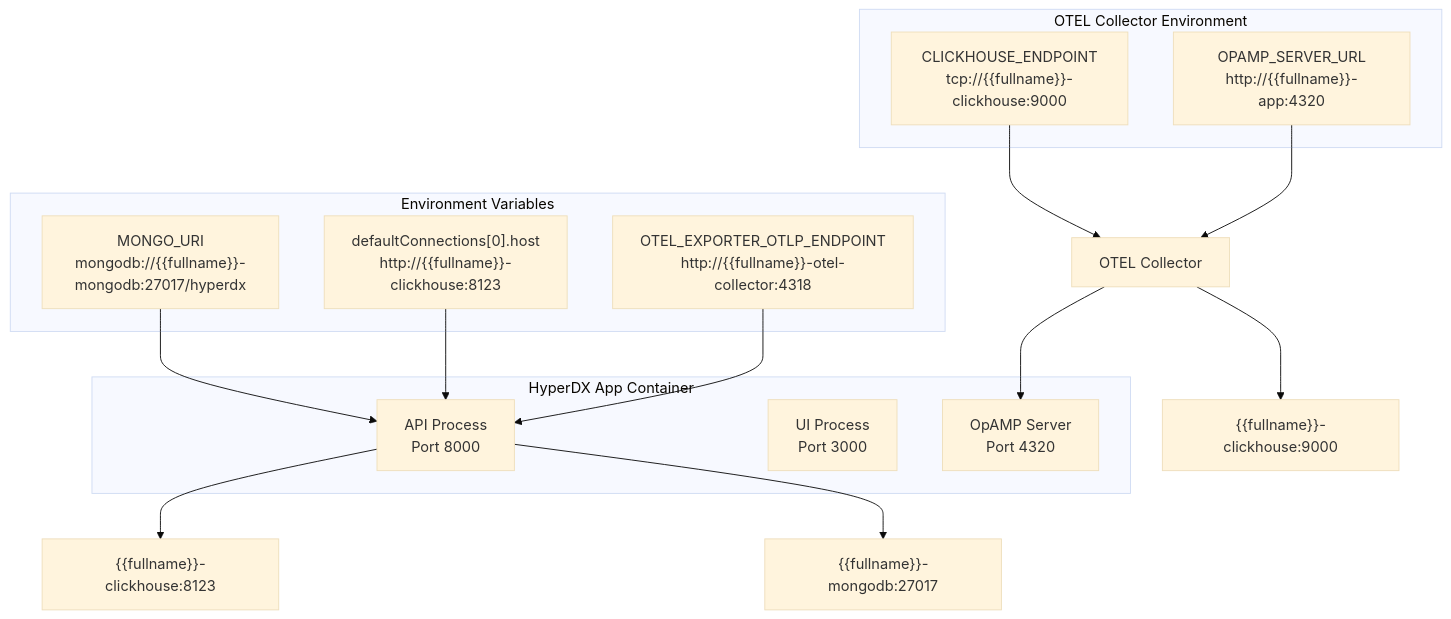
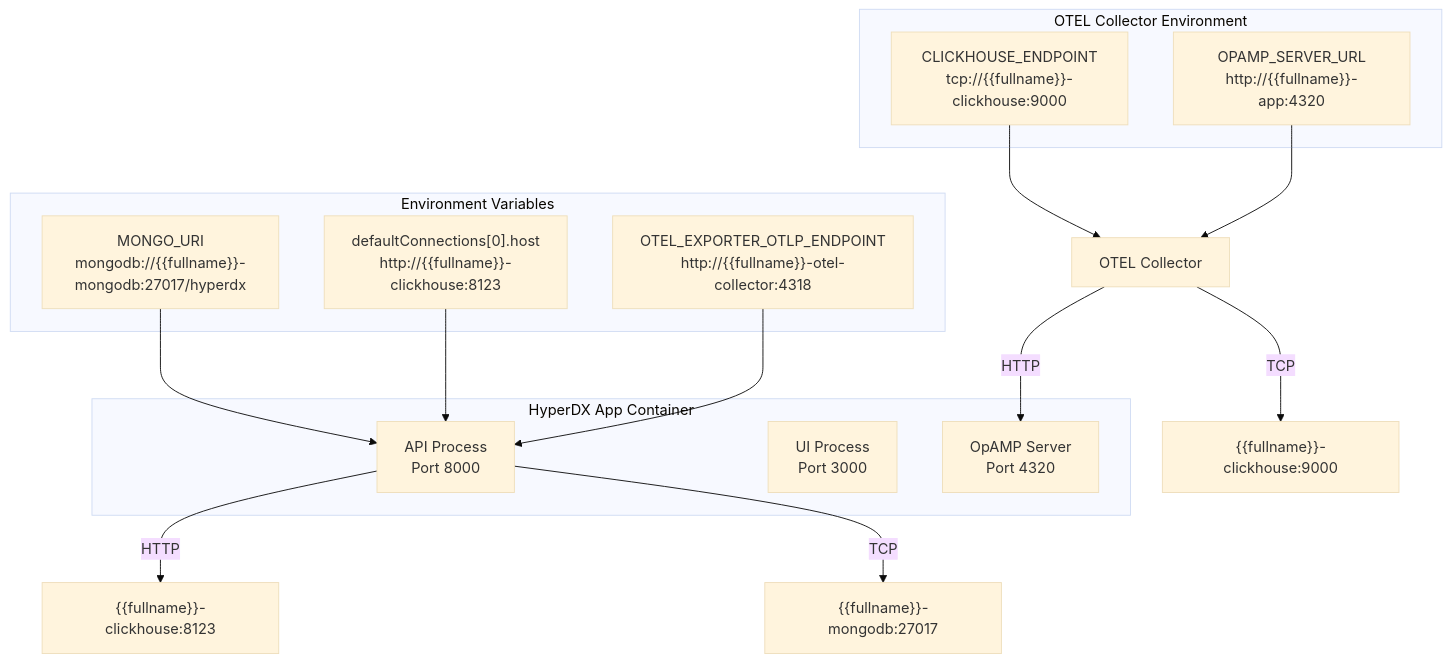
The third of 3 diagrams in docs/hyperdxio-helm-charts-docs/Full-Stack-Deployment.md (openchoreo/openchoreo), drawn with Mermaid (base theme) before and after one commit. The commit also changed other lines of this file and 85 other files, not shown here.

Commit message:
feat: Add new workflow and specification templates, update Helm chart dependencies, and clarify documentation diagrams.

````diff
--- a/docs/hyperdxio-helm-charts-docs/Full-Stack-Deployment.md
+++ b/docs/hyperdxio-helm-charts-docs/Full-Stack-Deployment.md
@@ -198,43 +198,43 @@
 ```mermaid
 flowchart TD
 
 API["API Process<br>Port 8000"]
 UI["UI Process<br>Port 3000"]
 OpAMP["OpAMP Server<br>Port 4320"]
 MongoURI["MONGO_URI<br>mongodb://{{fullname}}-mongodb:27017/hyperdx"]
 CHHost["defaultConnections[0].host<br>http://{{fullname}}-clickhouse:8123"]
 OTELEndpoint["OTEL_EXPORTER_OTLP_ENDPOINT<br>http://{{fullname}}-otel-collector:4318"]
 CHEndpoint["CLICKHOUSE_ENDPOINT<br>tcp://{{fullname}}-clickhouse:9000"]
 OpAMPURL["OPAMP_SERVER_URL<br>http://{{fullname}}-app:4320"]
 OTEL["OTEL Collector"]
 CHSvc["{{fullname}}-clickhouse:8123"]
 MongoSvc["{{fullname}}-mongodb:27017"]
 CHNative["{{fullname}}-clickhouse:9000"]
 
 MongoURI --> API
 CHHost --> API
 OTELEndpoint --> API
 CHEndpoint --> OTEL
 OpAMPURL --> OTEL
-API --> CHSvc
-API --> MongoSvc
-OTEL --> CHNative
-OTEL --> OpAMP
+API -->|"HTTP"| CHSvc
+API -->|"TCP"| MongoSvc
+OTEL -->|"TCP"| CHNative
+OTEL -->|"HTTP"| OpAMP
 
 subgraph subGraph2 ["OTEL Collector Environment"]
     CHEndpoint
     OpAMPURL
 end
 
 subgraph subGraph1 ["Environment Variables"]
     MongoURI
     CHHost
     OTELEndpoint
 end
 
 subgraph subGraph0 ["HyperDX App Container"]
     API
     UI
     OpAMP
 end
 ```
````
